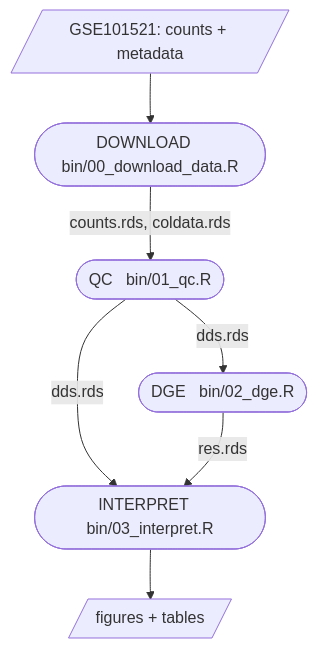
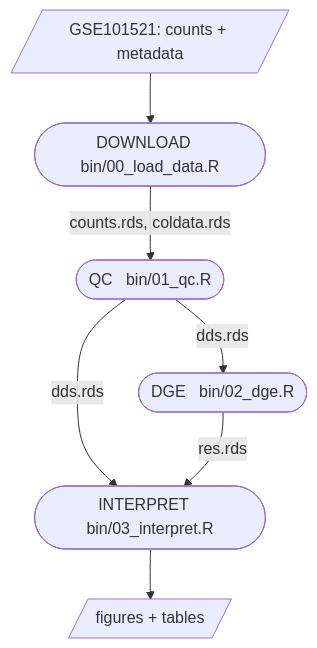
Before and after one commit to neurogeek03/121_bioinfo_coaching: the diagram in README.md, drawn with Mermaid. The commit also changed other lines of this file and 8 other files, not shown here.

````diff
--- a/README.md
+++ b/README.md
@@ -41,15 +41,15 @@
 ```mermaid
 flowchart TB
     src[/"GSE101521: counts + metadata"/]
-    DOWNLOAD(["DOWNLOAD &nbsp; bin/00_download_data.R"])
+    DOWNLOAD(["DOWNLOAD &nbsp; bin/00_load_data.R"])
     QC(["QC &nbsp; bin/01_qc.R"])
     DGE(["DGE &nbsp; bin/02_dge.R"])
     INTERPRET(["INTERPRET &nbsp; bin/03_interpret.R"])
     out[/"figures + tables"/]
     src --> DOWNLOAD
     DOWNLOAD -->|"counts.rds, coldata.rds"| QC
     QC -->|"dds.rds"| DGE
     QC -->|"dds.rds"| INTERPRET
     DGE -->|"res.rds"| INTERPRET
     INTERPRET --> out
 ```
````
